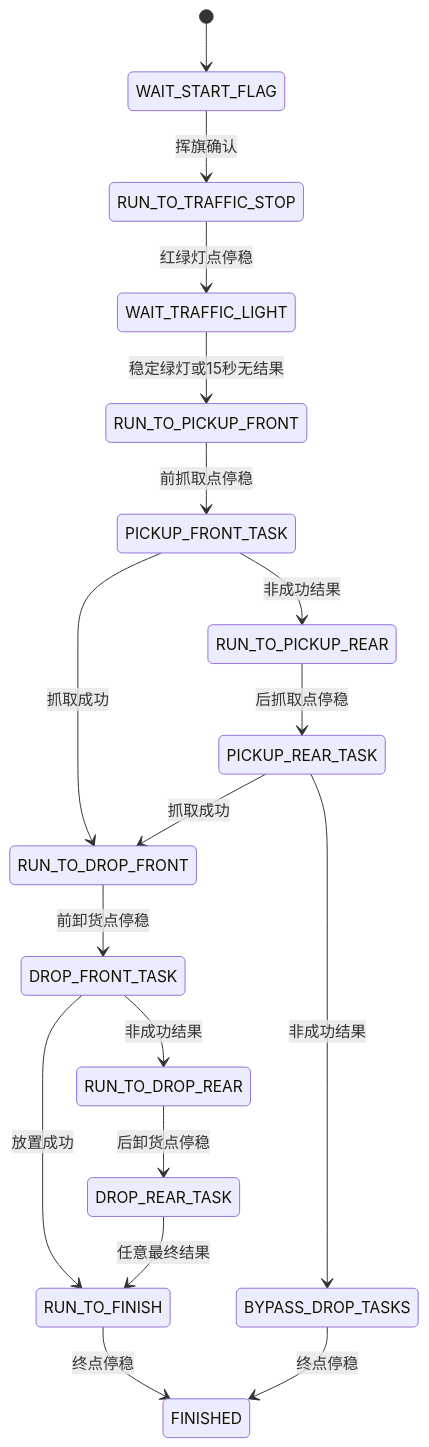
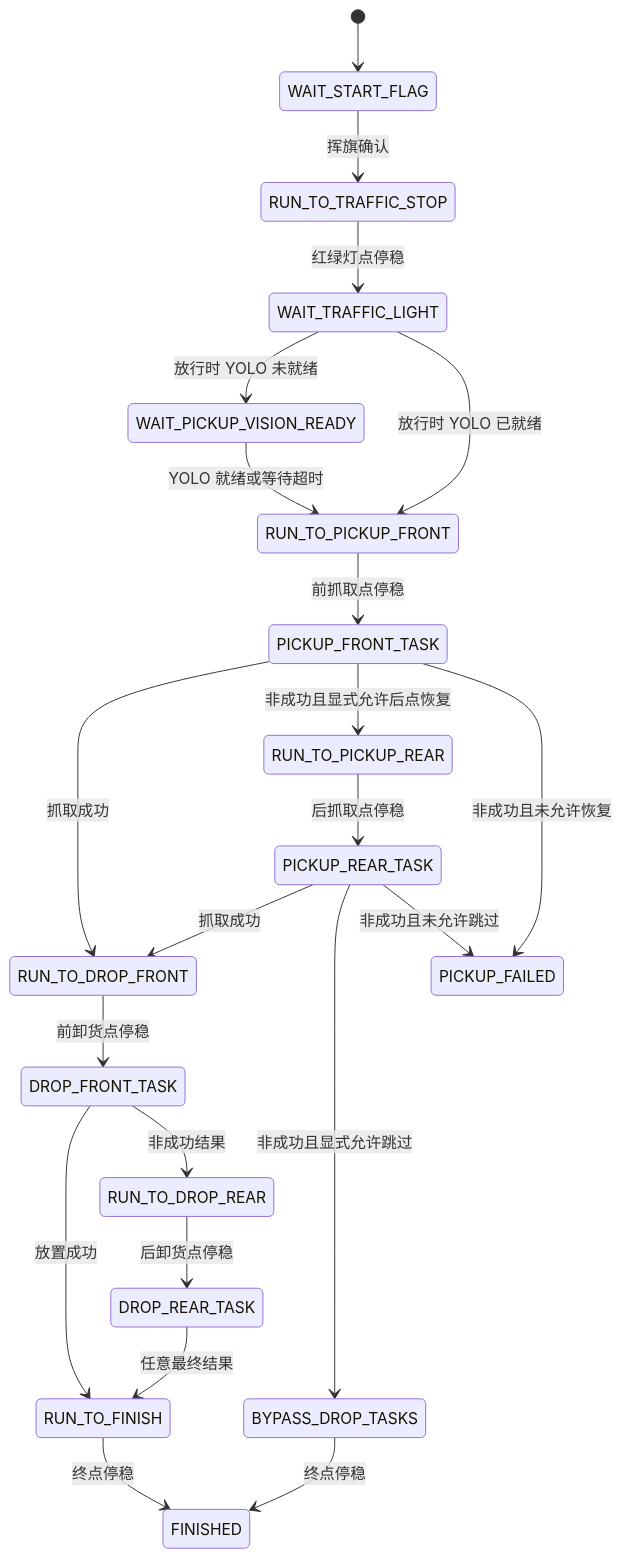
The first of 2 diagrams in docs/competition_mission_state_machine.md (Gra1nRain/express-delivery-robot), drawn with Mermaid before and after one commit. The commit also changed other lines of this file and 12 other files, not shown here.

````diff
--- a/docs/competition_mission_state_machine.md
+++ b/docs/competition_mission_state_machine.md
@@ -23,20 +25,24 @@
 ```mermaid
 stateDiagram-v2
     [*] --> WAIT_START_FLAG
     WAIT_START_FLAG --> RUN_TO_TRAFFIC_STOP: 挥旗确认
     RUN_TO_TRAFFIC_STOP --> WAIT_TRAFFIC_LIGHT: 红绿灯点停稳
-    WAIT_TRAFFIC_LIGHT --> RUN_TO_PICKUP_FRONT: 稳定绿灯或15秒无结果
+    WAIT_TRAFFIC_LIGHT --> WAIT_PICKUP_VISION_READY: 放行时 YOLO 未就绪
+    WAIT_TRAFFIC_LIGHT --> RUN_TO_PICKUP_FRONT: 放行时 YOLO 已就绪
+    WAIT_PICKUP_VISION_READY --> RUN_TO_PICKUP_FRONT: YOLO 就绪或等待超时
     RUN_TO_PICKUP_FRONT --> PICKUP_FRONT_TASK: 前抓取点停稳
     PICKUP_FRONT_TASK --> RUN_TO_DROP_FRONT: 抓取成功
-    PICKUP_FRONT_TASK --> RUN_TO_PICKUP_REAR: 非成功结果
+    PICKUP_FRONT_TASK --> RUN_TO_PICKUP_REAR: 非成功且显式允许后点恢复
+    PICKUP_FRONT_TASK --> PICKUP_FAILED: 非成功且未允许恢复
     RUN_TO_PICKUP_REAR --> PICKUP_REAR_TASK: 后抓取点停稳
     PICKUP_REAR_TASK --> RUN_TO_DROP_FRONT: 抓取成功
-    PICKUP_REAR_TASK --> BYPASS_DROP_TASKS: 非成功结果
+    PICKUP_REAR_TASK --> BYPASS_DROP_TASKS: 非成功且显式允许跳过
+    PICKUP_REAR_TASK --> PICKUP_FAILED: 非成功且未允许跳过
     RUN_TO_DROP_FRONT --> DROP_FRONT_TASK: 前卸货点停稳
     DROP_FRONT_TASK --> RUN_TO_FINISH: 放置成功
     DROP_FRONT_TASK --> RUN_TO_DROP_REAR: 非成功结果
     RUN_TO_DROP_REAR --> DROP_REAR_TASK: 后卸货点停稳
     DROP_REAR_TASK --> RUN_TO_FINISH: 任意最终结果
     BYPASS_DROP_TASKS --> FINISHED: 终点停稳
     RUN_TO_FINISH --> FINISHED: 终点停稳
 ```
````
